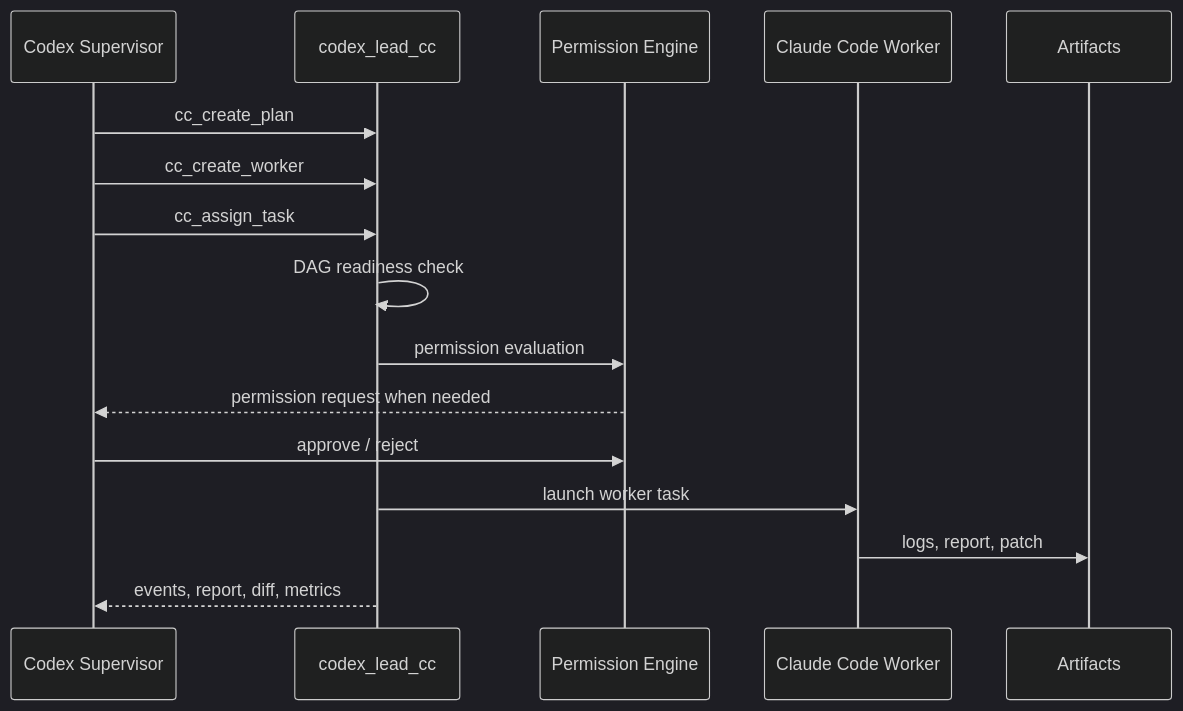
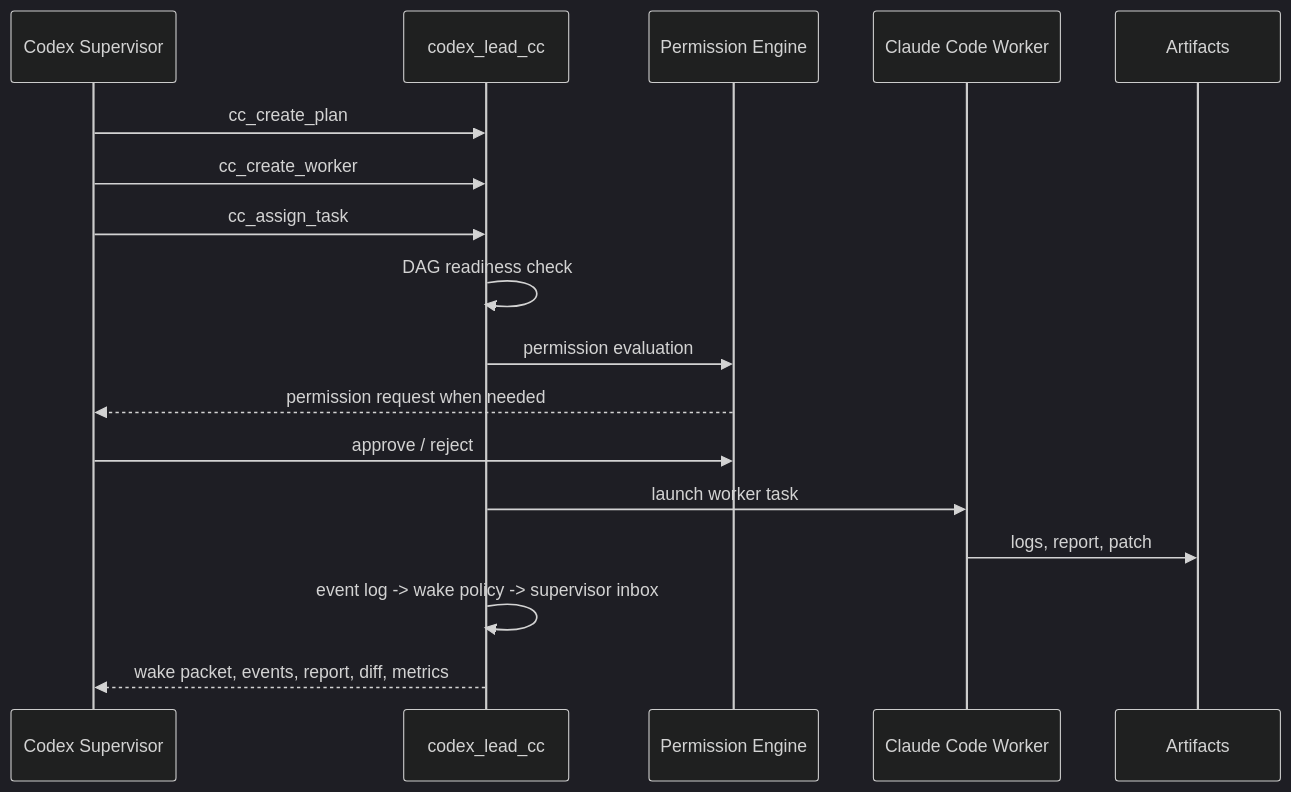
Before and after one commit to zake-cn/codex_lead_cc: the diagram in docs/architecture.md, drawn with Mermaid (dark theme). The commit also changed other lines of this file and 28 other files, not shown here.

````diff
--- a/docs/architecture.md
+++ b/docs/architecture.md
@@ -44,19 +48,20 @@
 ```mermaid
 sequenceDiagram
   participant C as Codex Supervisor
   participant O as codex_lead_cc
   participant P as Permission Engine
   participant W as Claude Code Worker
   participant A as Artifacts
 
   C->>O: cc_create_plan
   C->>O: cc_create_worker
   C->>O: cc_assign_task
   O->>O: DAG readiness check
   O->>P: permission evaluation
   P-->>C: permission request when needed
   C->>P: approve / reject
   O->>W: launch worker task
   W->>A: logs, report, patch
-  O-->>C: events, report, diff, metrics
+  O->>O: event log -> wake policy -> supervisor inbox
+  O-->>C: wake packet, events, report, diff, metrics
 ```
````
